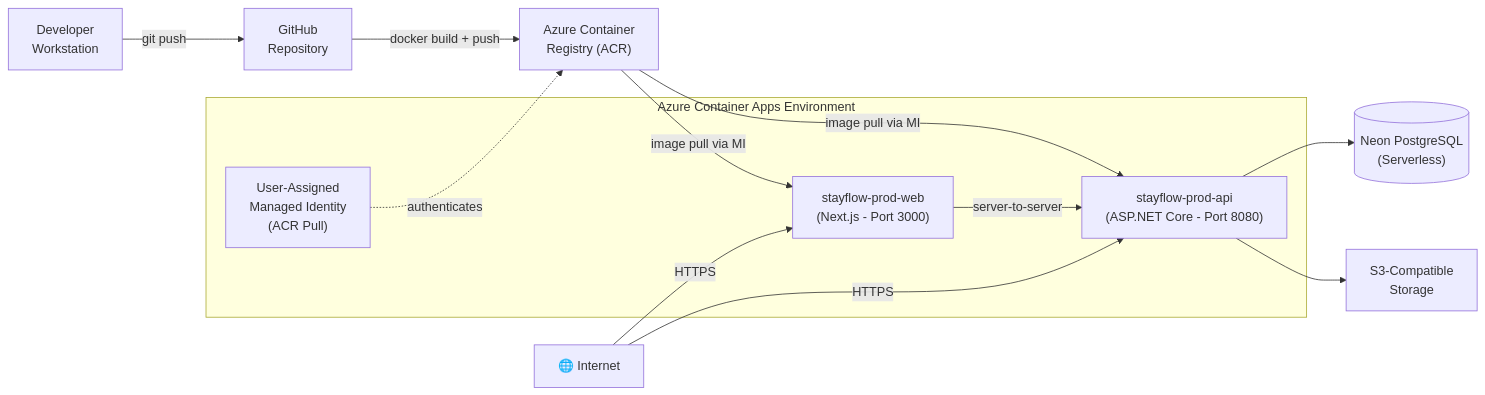
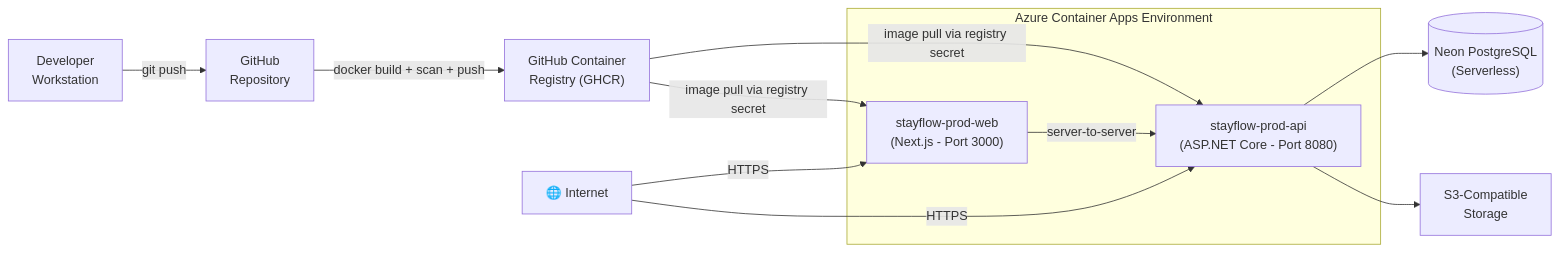
Before and after one commit to DRTX2/stay-flow-cloud: the third of 3 diagrams in docs/ARCHITECTURE.md, drawn with Mermaid. The commit also changed other lines of this file and 79 other files, not shown here.

````diff
--- a/docs/ARCHITECTURE.md
+++ b/docs/ARCHITECTURE.md
@@ -98,27 +98,25 @@
 ```mermaid
 graph LR
     Dev["Developer\nWorkstation"]
     GH["GitHub\nRepository"]
-    ACR["Azure Container\nRegistry (ACR)"]
+    GHCR["GitHub Container\nRegistry (GHCR)"]
 
     subgraph ACA["Azure Container Apps Environment"]
         WebApp["stayflow-prod-web\n(Next.js - Port 3000)"]
         APIApp["stayflow-prod-api\n(ASP.NET Core - Port 8080)"]
-        ManagedId["User-Assigned\nManaged Identity\n(ACR Pull)"]
     end
 
     Neon[("Neon PostgreSQL\n(Serverless)")]
     S3["S3-Compatible\nStorage"]
     Internet["🌐 Internet"]
 
     Dev -->|git push| GH
-    GH -->|docker build + push| ACR
-    ACR -->|image pull via MI| WebApp
-    ACR -->|image pull via MI| APIApp
-    ManagedId -.->|authenticates| ACR
+    GH -->|docker build + scan + push| GHCR
+    GHCR -->|image pull via registry secret| WebApp
+    GHCR -->|image pull via registry secret| APIApp
     WebApp -->|server-to-server| APIApp
     APIApp --> Neon
     APIApp --> S3
     Internet -->|HTTPS| WebApp
     Internet -->|HTTPS| APIApp
 ```
````
